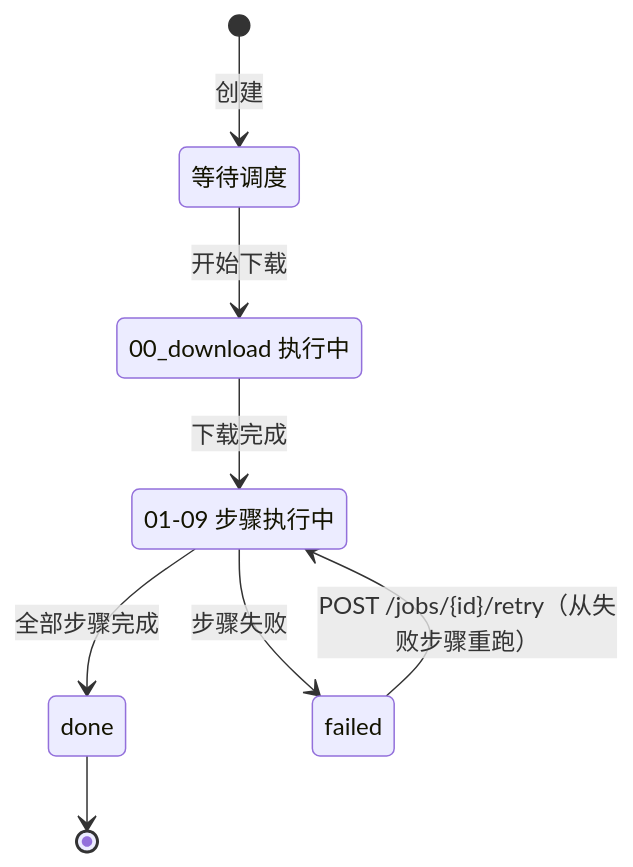
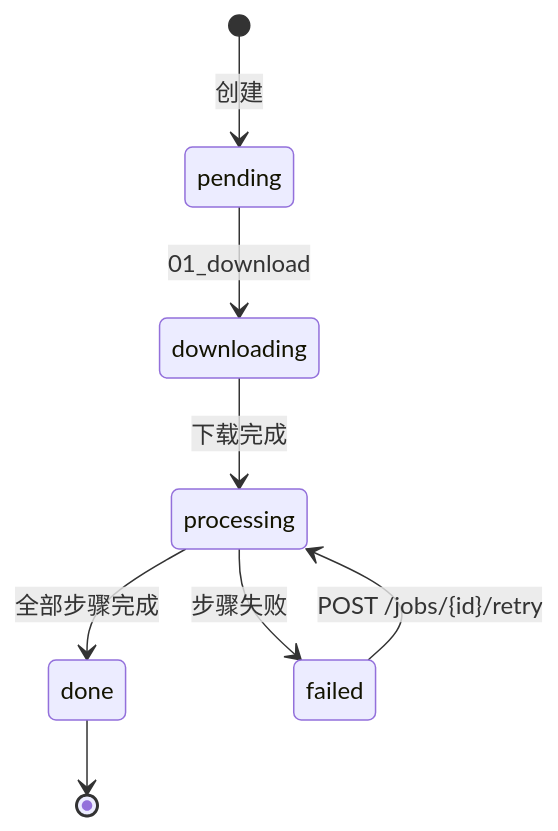
One commit to Gwzlchn/Flori changed the first of 2 diagrams in docs/02-domain-model.md. Above: the diagram before and after it, drawn with Mermaid. The commit also changed other lines of this file and 1 other file, not shown here.

````diff
--- a/docs/02-domain-model.md
+++ b/docs/02-domain-model.md
@@ -128,14 +313,10 @@
 ```mermaid
 stateDiagram-v2
     [*] --> pending : 创建
-    pending --> downloading : 开始下载
+    pending --> downloading : 01_download
     downloading --> processing : 下载完成
     processing --> done : 全部步骤完成
     processing --> failed : 步骤失败
-    failed --> processing : POST /jobs/{id}/retry（从失败步骤重跑）
-
-    pending : 等待调度
-    downloading : 00_download 执行中
-    processing : 01‑09 步骤执行中
+    failed --> processing : POST /jobs/{id}/retry
     done --> [*]
 ```
````
